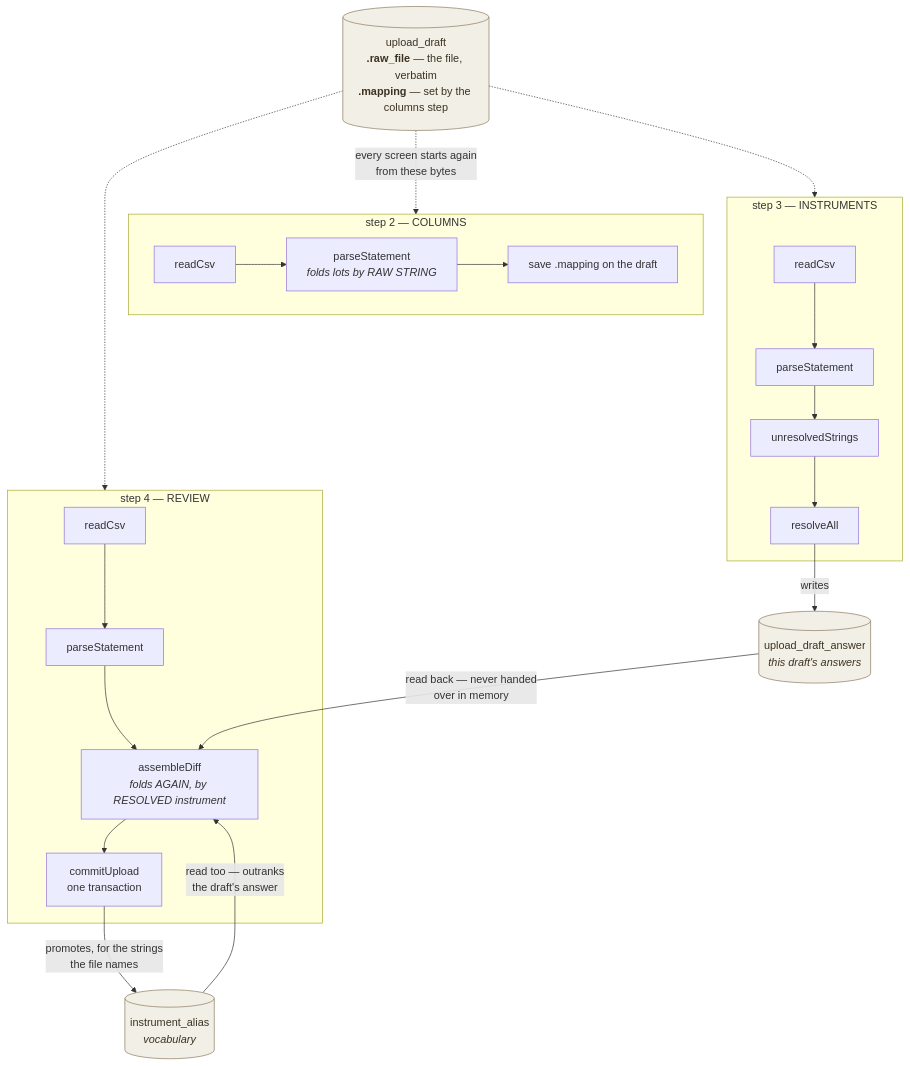
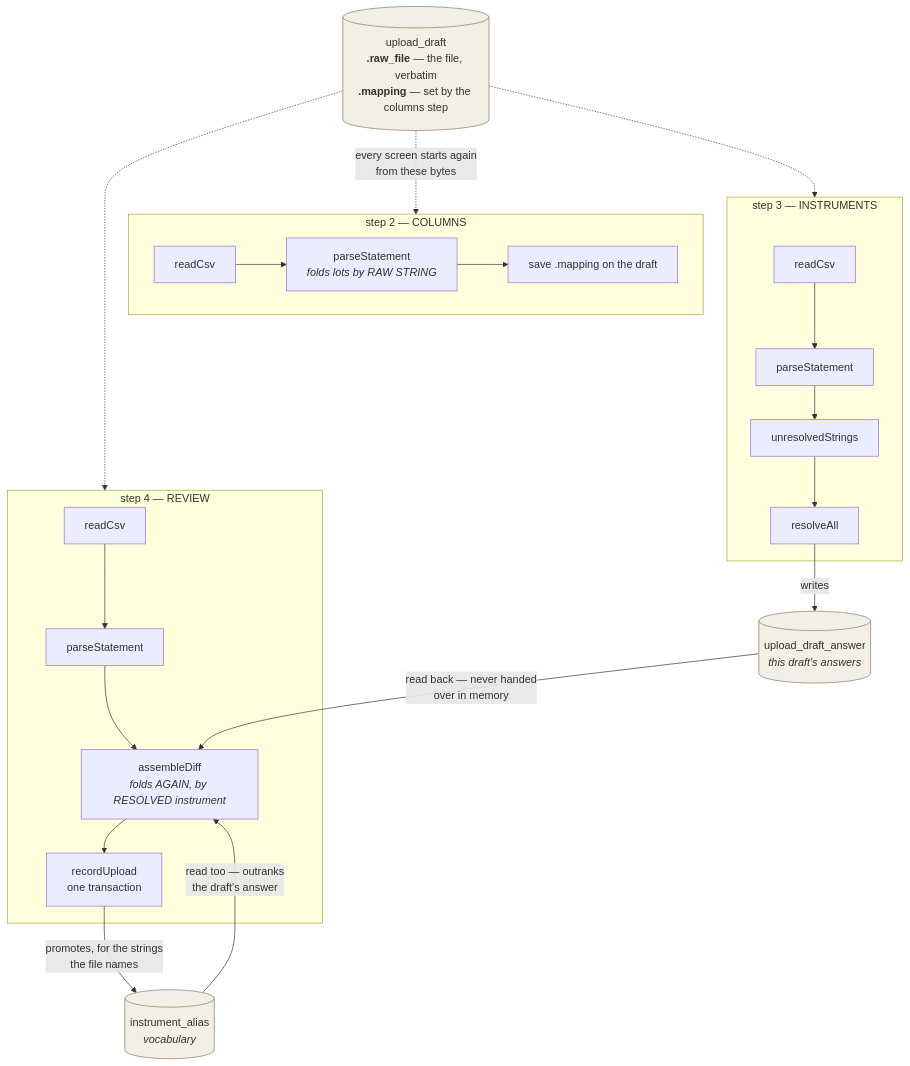
Before and after one commit to chethan123/portfolio: the sixth of 11 diagrams in ARCHITECTURE.md, drawn with Mermaid. The commit also changed other lines of this file and 27 other files, not shown here.

````diff
--- a/ARCHITECTURE.md
+++ b/ARCHITECTURE.md
@@ -1002,30 +1002,30 @@
 ```mermaid
 flowchart TD
     D[("upload_draft<br/><b>.raw_file</b> — the file, verbatim<br/><b>.mapping</b> — set by the columns step")]
 
     D -.->|"every screen starts again<br/>from these bytes"| C
     D -.-> I
     D -.-> R
 
     subgraph C["step 2 — COLUMNS"]
         C1["readCsv"] --> C2["parseStatement<br/><i>folds lots by RAW STRING</i>"] --> C3["save .mapping on the draft"]
     end
 
     subgraph I["step 3 — INSTRUMENTS"]
         I1["readCsv"] --> I2["parseStatement"] --> I3["unresolvedStrings"] --> I4["resolveAll"]
     end
 
     subgraph R["step 4 — REVIEW"]
-        R1["readCsv"] --> R2["parseStatement"] --> R3["assembleDiff<br/><i>folds AGAIN, by RESOLVED instrument</i>"] --> R4["commitUpload<br/>one transaction"]
+        R1["readCsv"] --> R2["parseStatement"] --> R3["assembleDiff<br/><i>folds AGAIN, by RESOLVED instrument</i>"] --> R4["recordUpload<br/>one transaction"]
     end
 
     DA[("upload_draft_answer<br/><i>this draft's answers</i>")]
     A[("instrument_alias<br/><i>vocabulary</i>")]
     I4 -->|writes| DA
     DA -->|"read back — never handed<br/>over in memory"| R3
     A -->|"read too — outranks<br/>the draft's answer"| R3
     R4 -->|"promotes, for the strings<br/>the file names"| A
 
     classDef store fill:#f2efe6,stroke:#8a7a5c,color:#3b3222
     class D,DA,A store
 ```
````
